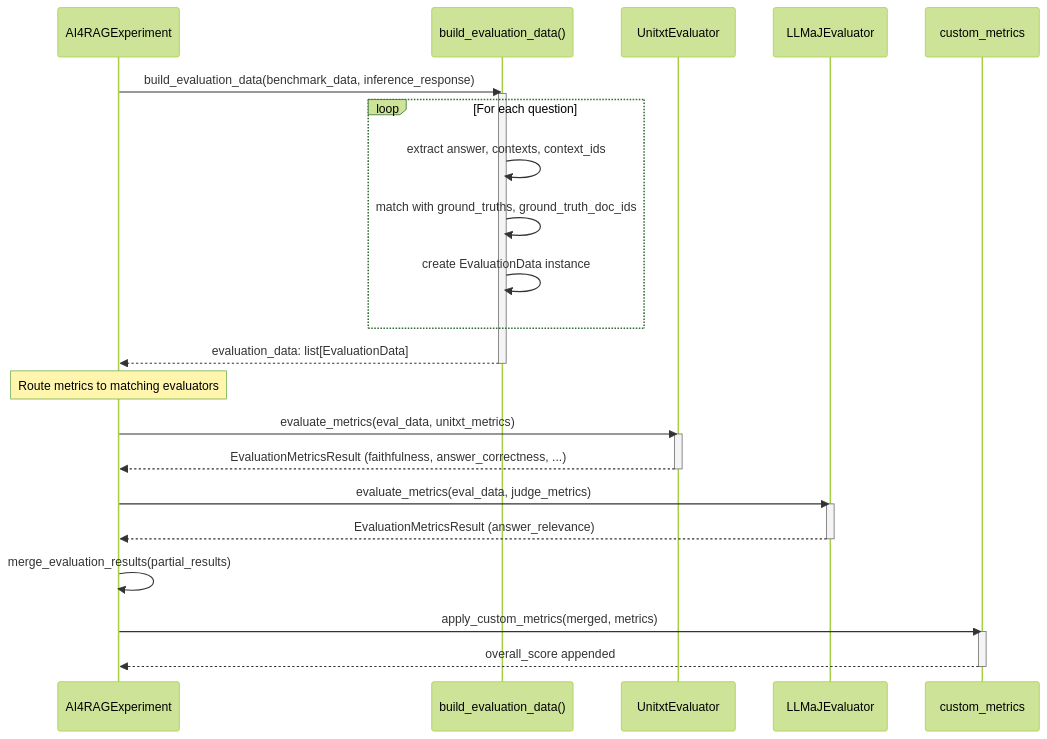
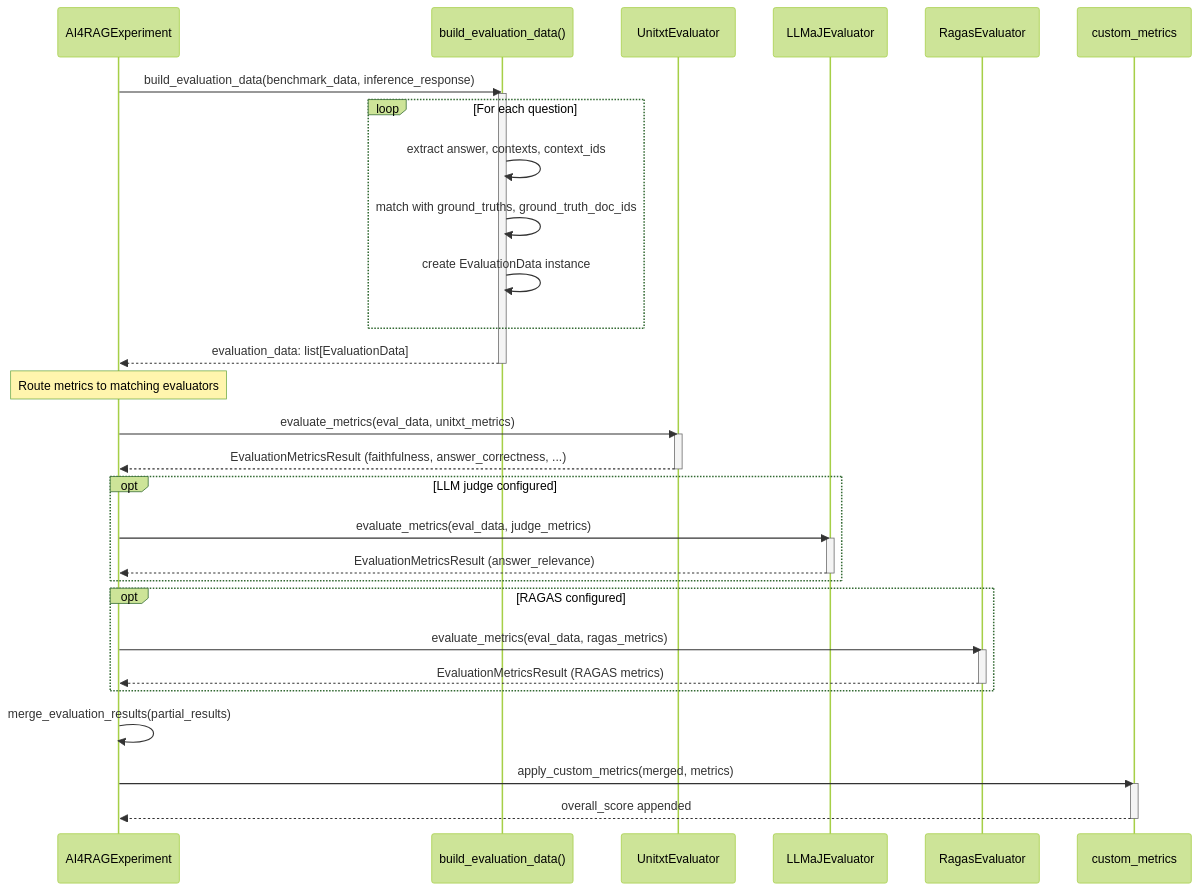
The third of 4 diagrams in docs/architecture/data-flow.md (IBM/ai4rag), drawn with Mermaid (forest theme) before and after one commit. The commit also changed other lines of this file and 8 other files, not shown here.

````diff
--- a/docs/architecture/data-flow.md
+++ b/docs/architecture/data-flow.md
@@ -513,37 +513,47 @@
 ```mermaid
 sequenceDiagram
     participant Exp as AI4RAGExperiment
     participant Builder as build_evaluation_data()
     participant UE as UnitxtEvaluator
     participant JE as LLMaJEvaluator
+    participant RE as RagasEvaluator
     participant CM as custom_metrics
 
     Exp->>Builder: build_evaluation_data(benchmark_data, inference_response)
     activate Builder
     loop For each question
         Builder->>Builder: extract answer, contexts, context_ids
         Builder->>Builder: match with ground_truths, ground_truth_doc_ids
         Builder->>Builder: create EvaluationData instance
     end
     Builder-->>Exp: evaluation_data: list[EvaluationData]
     deactivate Builder
 
     Note over Exp: Route metrics to matching evaluators
 
     Exp->>UE: evaluate_metrics(eval_data, unitxt_metrics)
     activate UE
     UE-->>Exp: EvaluationMetricsResult (faithfulness, answer_correctness, ...)
     deactivate UE
 
-    Exp->>JE: evaluate_metrics(eval_data, judge_metrics)
-    activate JE
-    JE-->>Exp: EvaluationMetricsResult (answer_relevance)
-    deactivate JE
+    opt LLM judge configured
+        Exp->>JE: evaluate_metrics(eval_data, judge_metrics)
+        activate JE
+        JE-->>Exp: EvaluationMetricsResult (answer_relevance)
+        deactivate JE
+    end
+
+    opt RAGAS configured
+        Exp->>RE: evaluate_metrics(eval_data, ragas_metrics)
+        activate RE
+        RE-->>Exp: EvaluationMetricsResult (RAGAS metrics)
+        deactivate RE
+    end
 
     Exp->>Exp: merge_evaluation_results(partial_results)
 
     Exp->>CM: apply_custom_metrics(merged, metrics)
     activate CM
     CM-->>Exp: overall_score appended
     deactivate CM
 ```
````
